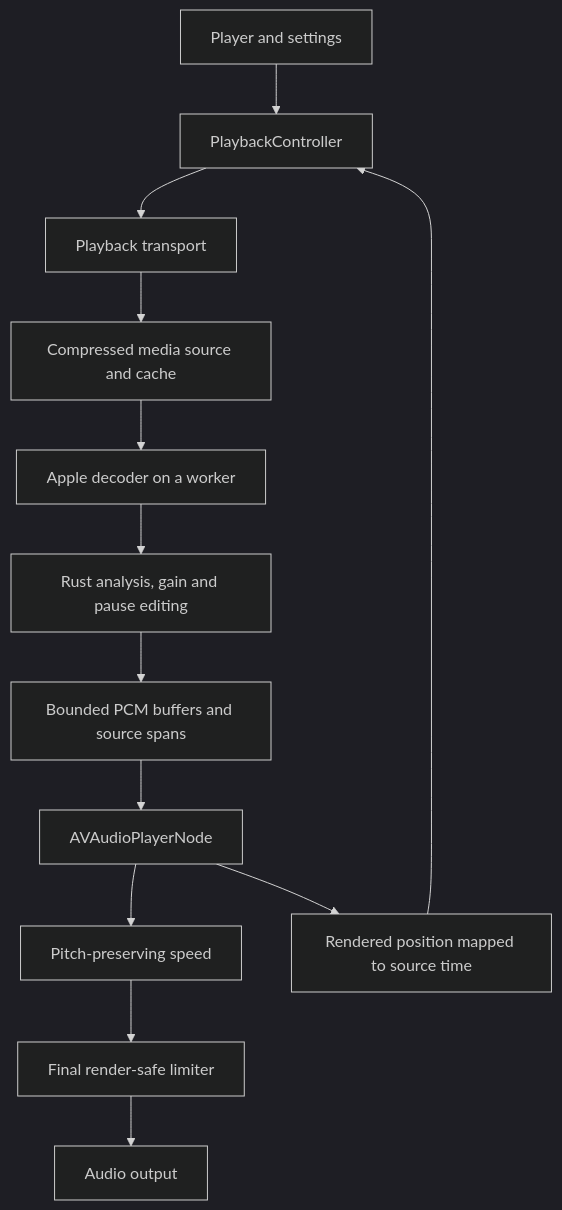
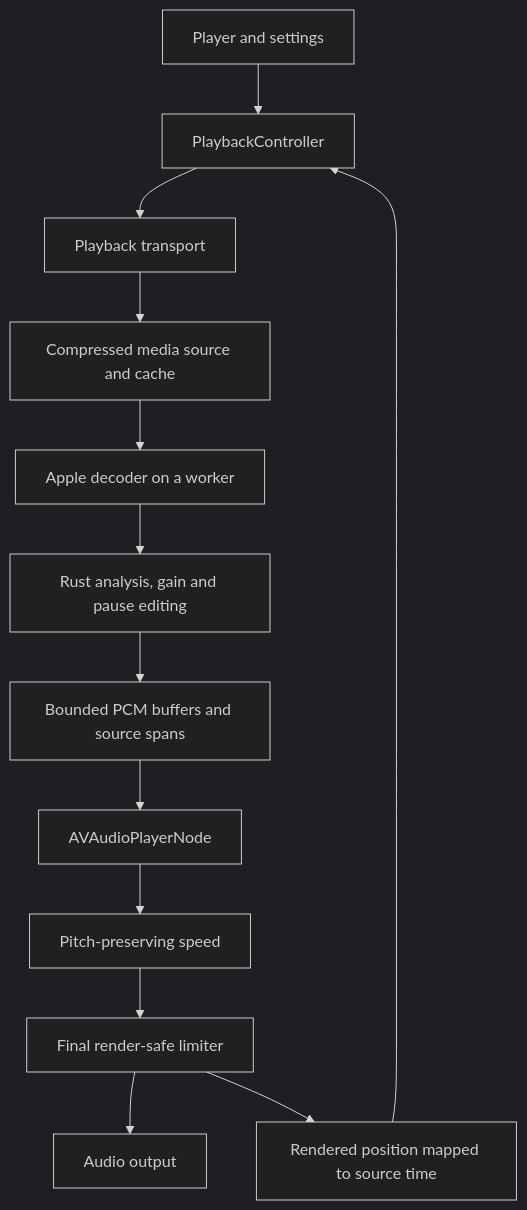
The diagram in docs/audio-experience-plan.md (shantanuraj/podcst-web), drawn with Mermaid (dark theme) before and after one commit. The commit also changed other lines of this file and 2 other files, not shown here.

````diff
--- a/docs/audio-experience-plan.md
+++ b/docs/audio-experience-plan.md
@@ -41,15 +41,15 @@
 ```mermaid
 flowchart TD
     UI[Player and settings] --> Controller[PlaybackController]
     Controller --> Backend[Playback transport]
     Backend --> Media[Compressed media source and cache]
     Media --> Decoder[Apple decoder on a worker]
     Decoder --> DSP[Rust analysis, gain and pause editing]
     DSP --> Buffers[Bounded PCM buffers and source spans]
     Buffers --> Player[AVAudioPlayerNode]
     Player --> Speed[Pitch-preserving speed]
     Speed --> Limiter[Final render-safe limiter]
     Limiter --> Output[Audio output]
-    Player --> Clock[Rendered position mapped to source time]
+    Limiter --> Clock[Rendered position mapped to source time]
     Clock --> Controller
 ```
````
